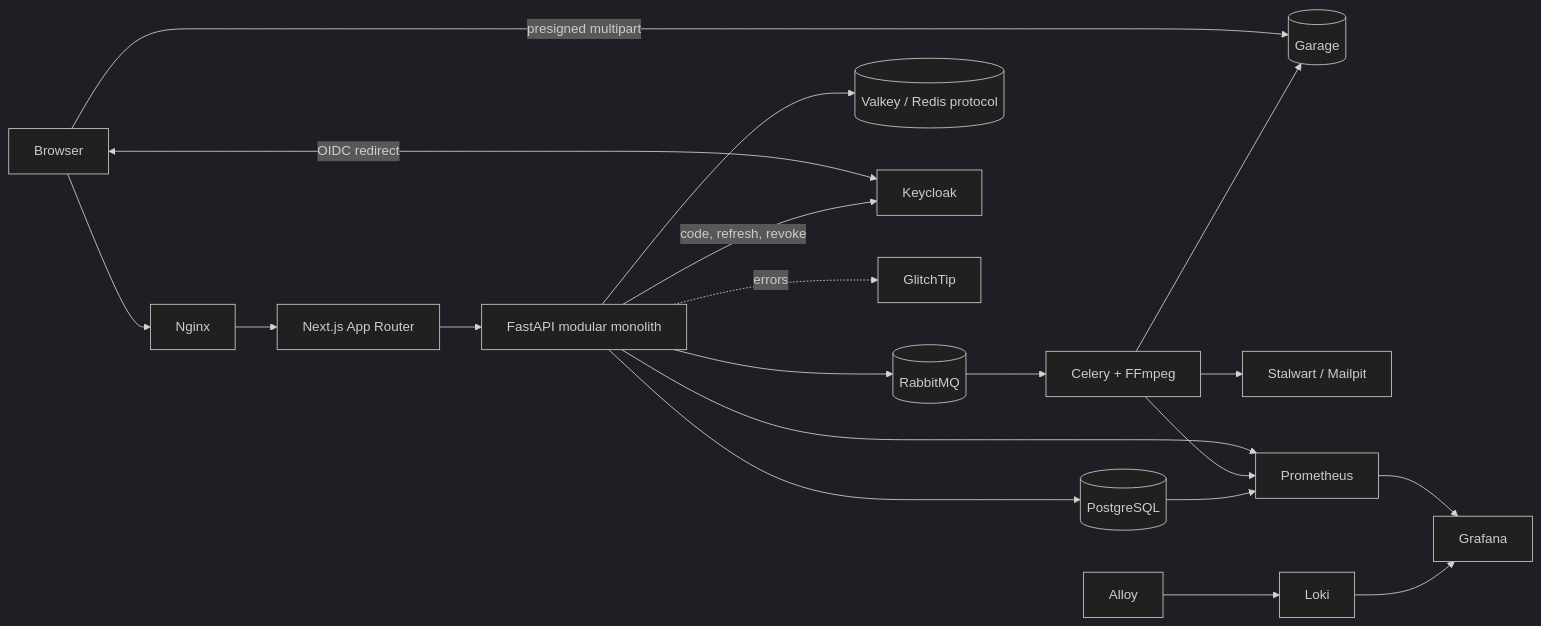
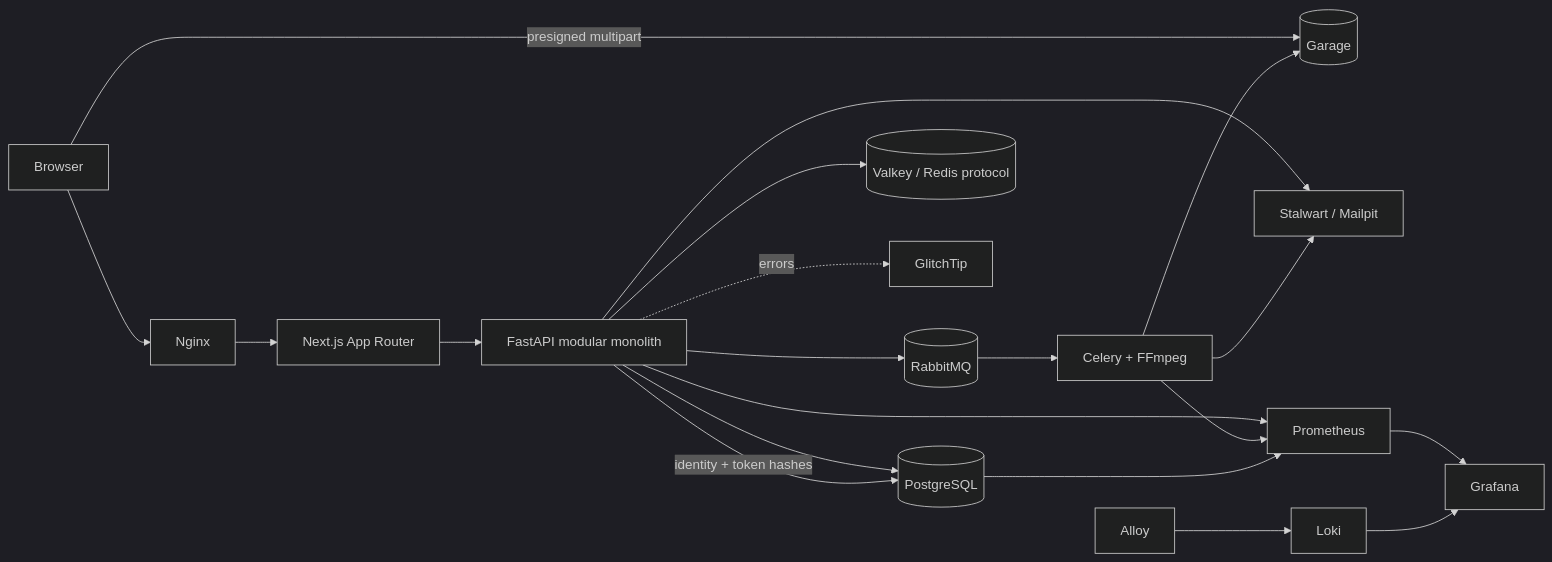
The diagram in README.md (khanhnkq/feed.io), drawn with Mermaid (dark theme) before and after one commit. The commit also changed other lines of this file and 82 other files, not shown here.

````diff
--- a/README.md
+++ b/README.md
@@ -44,22 +44,22 @@
 ```mermaid
 flowchart LR
     Browser --> Nginx
     Nginx --> Web[Next.js App Router]
     Web --> API[FastAPI modular monolith]
     Browser -->|presigned multipart| Garage[(Garage)]
     API --> PostgreSQL[(PostgreSQL)]
     API --> RabbitMQ[(RabbitMQ)]
     API --> Valkey[(Valkey / Redis protocol)]
     RabbitMQ --> Worker[Celery + FFmpeg]
     Worker --> Garage
-    Browser <-->|OIDC redirect| Keycloak
-    API -->|code, refresh, revoke| Keycloak
-    Worker --> Mail[Stalwart / Mailpit]
+    API -->|identity + token hashes| PostgreSQL
+    API --> Mail[Stalwart / Mailpit]
+    Worker --> Mail
     API --> Prometheus
     Worker --> Prometheus
     PostgreSQL --> Prometheus
     Alloy --> Loki
     Prometheus --> Grafana
     Loki --> Grafana
     API -. errors .-> GlitchTip
 ```
````
